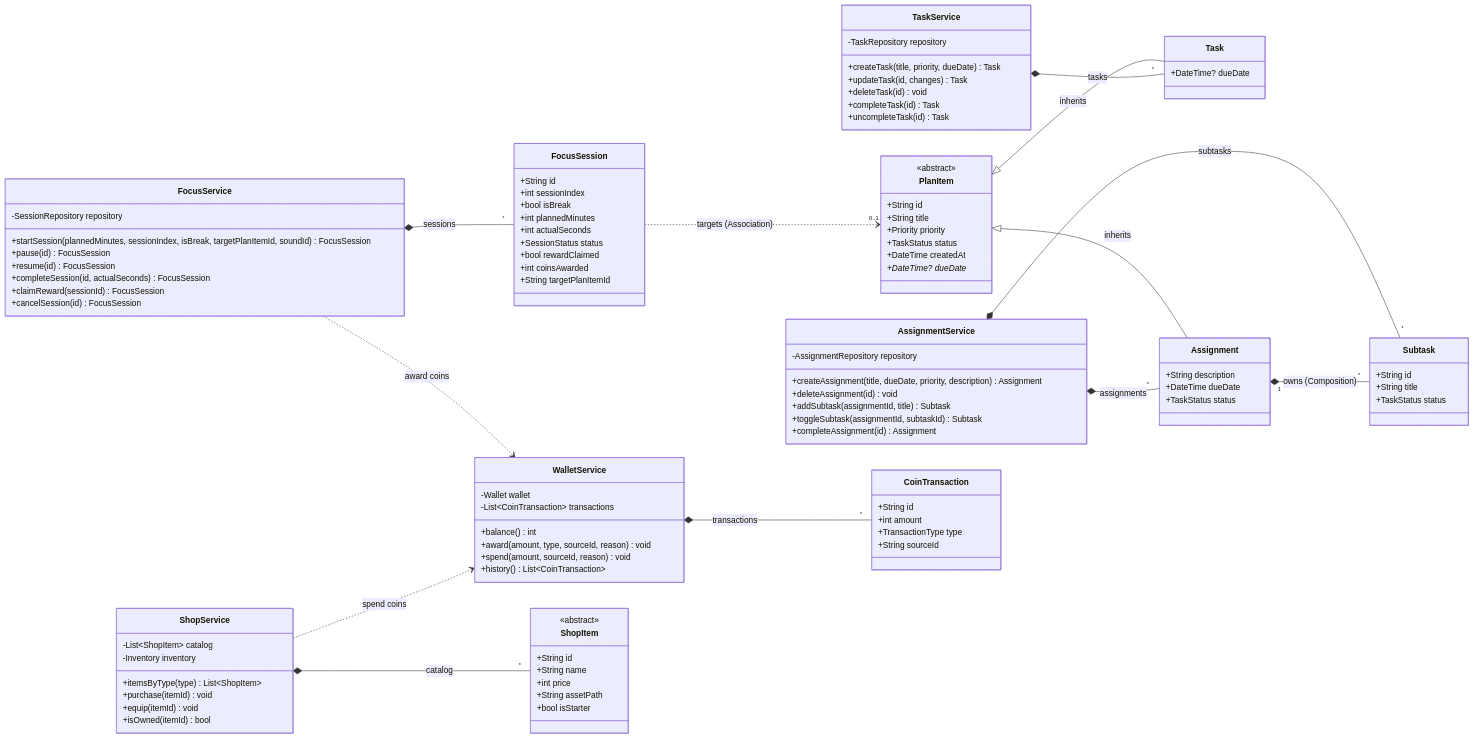
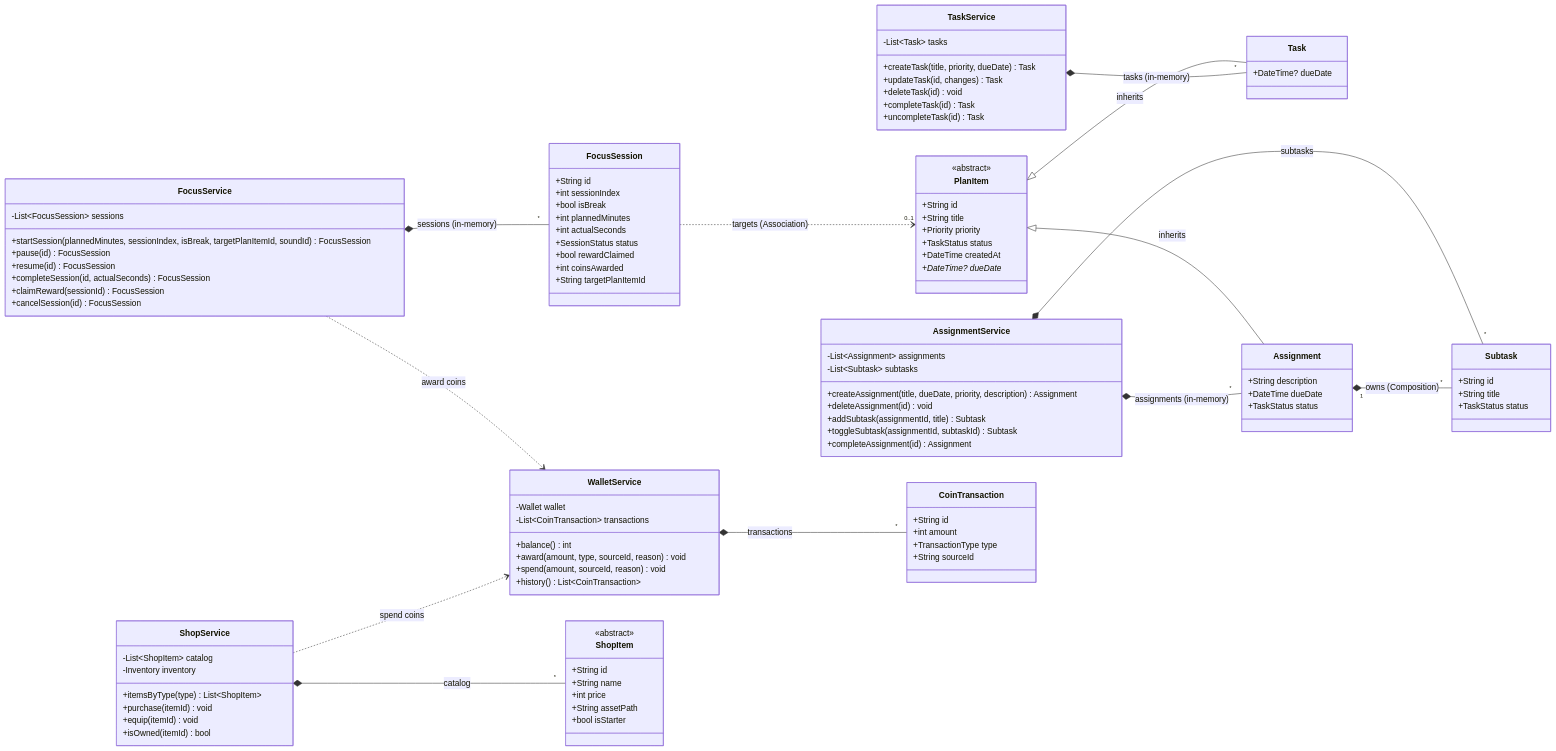
Before and after one commit to Ryuo-chhi/TaskStella: the sixth of 7 diagrams in docs/04-services-and-rules.md, drawn with Mermaid. The commit also changed other lines of this file and 33 other files, not shown here.

```diff
--- a/docs/04-services-and-rules.md
+++ b/docs/04-services-and-rules.md
@@ -262,7 +264,7 @@
     direction LR
 
     class TaskService {
-        -TaskRepository repository
+        -List~Task~ tasks
         +createTask(title, priority, dueDate) Task
         +updateTask(id, changes) Task
         +deleteTask(id) void
@@ -271,7 +273,8 @@
     }
 
     class AssignmentService {
-        -AssignmentRepository repository
+        -List~Assignment~ assignments
+        -List~Subtask~ subtasks
         +createAssignment(title, dueDate, priority, description) Assignment
         +deleteAssignment(id) void
         +addSubtask(assignmentId, title) Subtask
@@ -280,7 +283,7 @@
     }
 
     class FocusService {
-        -SessionRepository repository
+        -List~FocusSession~ sessions
         +startSession(plannedMinutes, sessionIndex, isBreak, targetPlanItemId, soundId) FocusSession
         +pause(id) FocusSession
         +resume(id) FocusSession
@@ -364,10 +367,10 @@
     PlanItem <|-- Task : inherits
     PlanItem <|-- Assignment : inherits
 
-    TaskService *-- "*" Task : tasks
-    AssignmentService *-- "*" Assignment : assignments
+    TaskService *-- "*" Task : tasks (in-memory)
+    AssignmentService *-- "*" Assignment : assignments (in-memory)
     AssignmentService *-- "*" Subtask : subtasks
-    FocusService *-- "*" FocusSession : sessions
+    FocusService *-- "*" FocusSession : sessions (in-memory)
     WalletService *-- "*" CoinTransaction : transactions
     ShopService *-- "*" ShopItem : catalog
 
```
